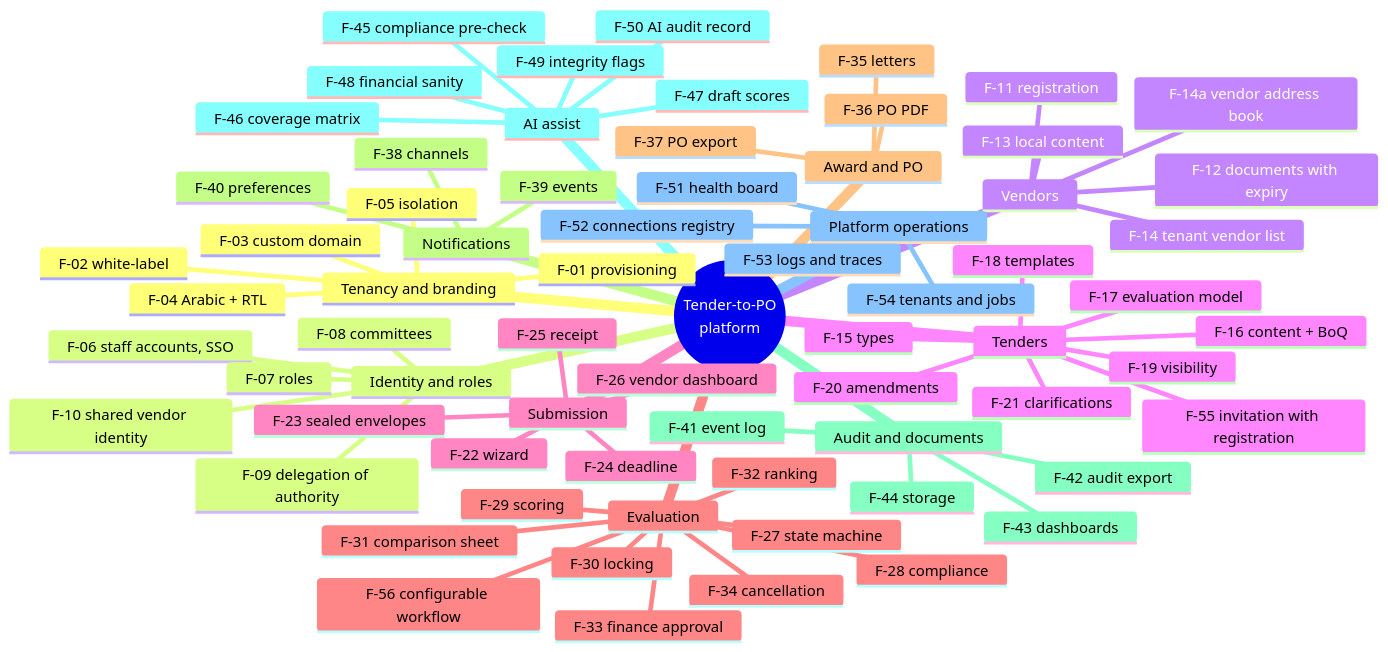
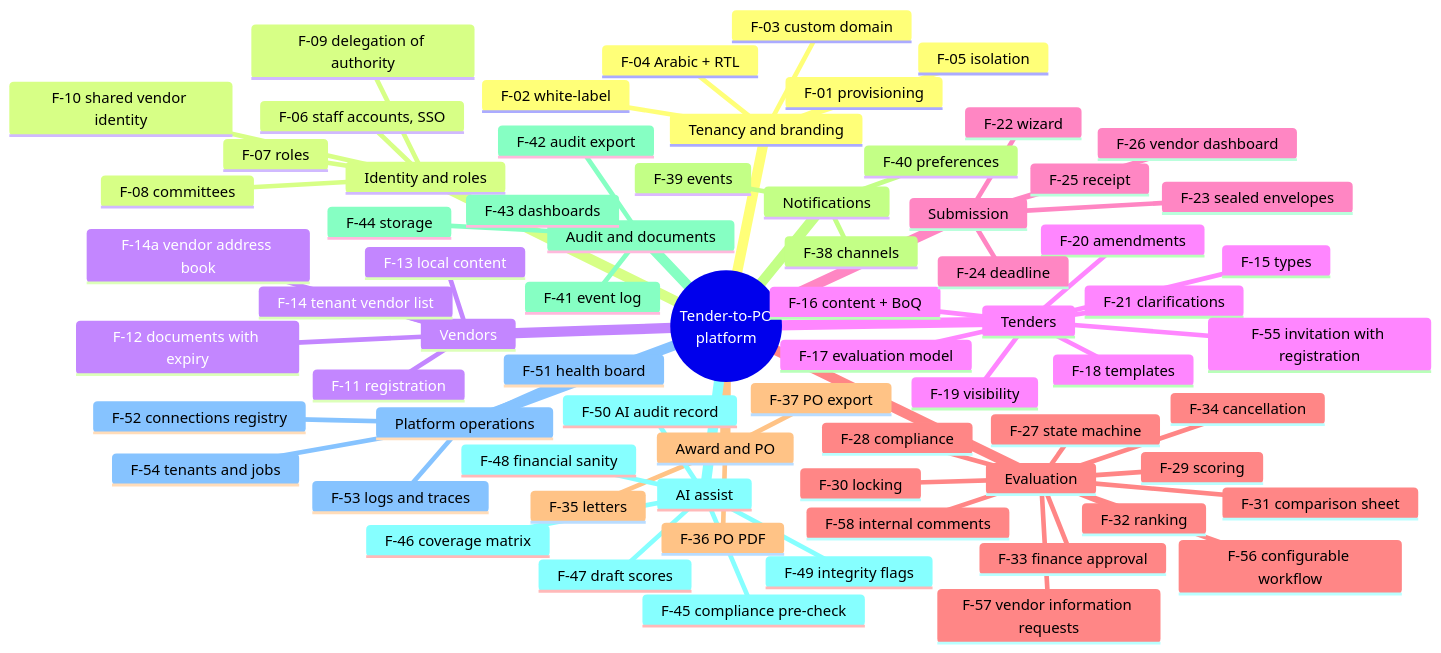
Before and after one commit to AhmedAssaf/ERP: diagram 13 of 13 in docs/03-diagrams.md, drawn with Mermaid. The commit also changed 27 other files, not shown here.

First line of the commit message:
Add F-57 vendor information requests and F-58 internal comment threads

````diff
--- a/docs/03-diagrams.md
+++ b/docs/03-diagrams.md
@@ -498,72 +498,74 @@
 ```mermaid
 mindmap
   root((Tender-to-PO<br/>platform))
     Tenancy and branding
       F-01 provisioning
       F-02 white-label
       F-03 custom domain
       F-04 Arabic + RTL
       F-05 isolation
     Identity and roles
       F-06 staff accounts, SSO
       F-07 roles
       F-08 committees
       F-09 delegation of authority
       F-10 shared vendor identity
     Vendors
       F-11 registration
       F-12 documents with expiry
       F-13 local content
       F-14 tenant vendor list
       F-14a vendor address book
     Tenders
       F-15 types
       F-16 content + BoQ
       F-17 evaluation model
       F-18 templates
       F-19 visibility
       F-20 amendments
       F-21 clarifications
       F-55 invitation with registration
     Submission
       F-22 wizard
       F-23 sealed envelopes
       F-24 deadline
       F-25 receipt
       F-26 vendor dashboard
     Evaluation
       F-27 state machine
       F-56 configurable workflow
       F-28 compliance
       F-29 scoring
       F-30 locking
       F-31 comparison sheet
       F-32 ranking
       F-33 finance approval
       F-34 cancellation
+      F-57 vendor information requests
+      F-58 internal comments
     Award and PO
       F-35 letters
       F-36 PO PDF
       F-37 PO export
     Notifications
       F-38 channels
       F-39 events
       F-40 preferences
     Audit and documents
       F-41 event log
       F-42 audit export
       F-43 dashboards
       F-44 storage
     AI assist
       F-45 compliance pre-check
       F-46 coverage matrix
       F-47 draft scores
       F-48 financial sanity
       F-49 integrity flags
       F-50 AI audit record
     Platform operations
       F-51 health board
       F-52 connections registry
       F-53 logs and traces
       F-54 tenants and jobs
 ```
````
